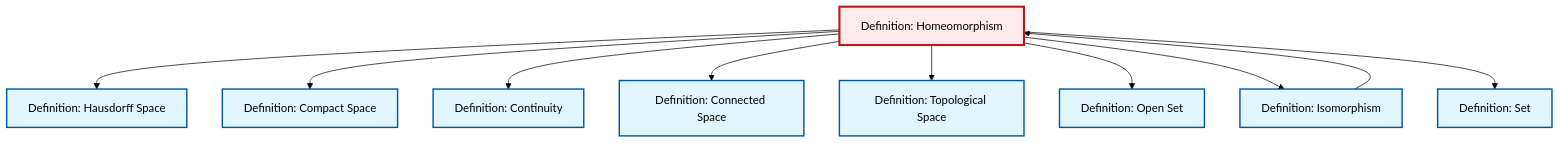
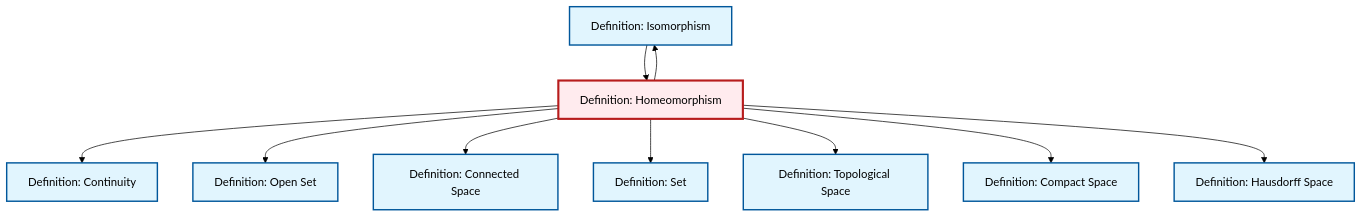
The diagram in content/ja/topology/def-homeomorphism.qmd (RK0429/ModernMath), drawn with Mermaid (forest theme) before and after one commit. The commit also changed other lines of this file and 360 other files, not shown here.

````diff
--- a/content/ja/topology/def-homeomorphism.qmd
+++ b/content/ja/topology/def-homeomorphism.qmd
@@ -100,36 +100,36 @@
 ```{mermaid}
 %%| fig-cap: "Local dependency graph"
 graph TD
     classDef definition fill:#e1f5fe,stroke:#01579b,stroke-width:2px
     classDef theorem fill:#f3e5f5,stroke:#4a148c,stroke-width:2px
     classDef axiom fill:#fff3e0,stroke:#e65100,stroke-width:2px
     classDef example fill:#e8f5e9,stroke:#1b5e20,stroke-width:2px
     classDef current fill:#ffebee,stroke:#b71c1c,stroke-width:3px
-    def-hausdorff["Definition: Hausdorff Space"]:::definition
-    def-continuity["Definition: Continuity"]:::definition
-    def-connected["Definition: Connected Space"]:::definition
     def-open-set["Definition: Open Set"]:::definition
     def-topological-space["Definition: Topological Space"]:::definition
+    def-isomorphism["Definition: Isomorphism"]:::definition
     def-compact["Definition: Compact Space"]:::definition
+    def-hausdorff["Definition: Hausdorff Space"]:::definition
+    def-connected["Definition: Connected Space"]:::definition
     def-homeomorphism["Definition: Homeomorphism"]:::definition
     def-set["Definition: Set"]:::definition
-    def-isomorphism["Definition: Isomorphism"]:::definition
-    def-homeomorphism --> def-hausdorff
-    def-homeomorphism --> def-compact
+    def-continuity["Definition: Continuity"]:::definition
+    def-homeomorphism --> def-isomorphism
     def-homeomorphism --> def-continuity
+    def-homeomorphism --> def-open-set
     def-homeomorphism --> def-connected
+    def-homeomorphism --> def-set
     def-homeomorphism --> def-topological-space
     def-isomorphism --> def-homeomorphism
-    def-homeomorphism --> def-open-set
-    def-homeomorphism --> def-isomorphism
-    def-homeomorphism --> def-set
+    def-homeomorphism --> def-compact
+    def-homeomorphism --> def-hausdorff
     class def-homeomorphism current
-    click def-hausdorff "def-hausdorff.html" "Definition: Hausdorff Spaceへ"
-    click def-continuity "def-continuity.html" "Definition: Continuityへ"
-    click def-connected "def-connected.html" "Definition: Connected Spaceへ"
     click def-open-set "def-open-set.html" "Definition: Open Setへ"
     click def-topological-space "def-topological-space.html" "Definition: Topological Spaceへ"
+    click def-isomorphism "def-isomorphism.html" "Definition: Isomorphismへ"
     click def-compact "def-compact.html" "Definition: Compact Spaceへ"
+    click def-hausdorff "def-hausdorff.html" "Definition: Hausdorff Spaceへ"
+    click def-connected "def-connected.html" "Definition: Connected Spaceへ"
     click def-set "def-set.html" "Definition: Setへ"
-    click def-isomorphism "def-isomorphism.html" "Definition: Isomorphismへ"
+    click def-continuity "def-continuity.html" "Definition: Continuityへ"
 ```
````
